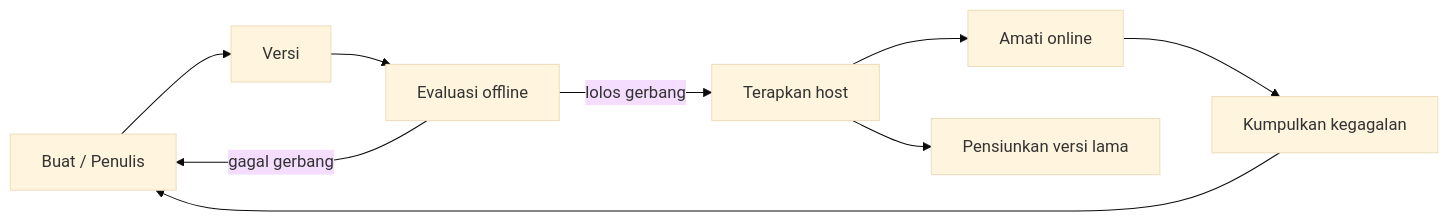
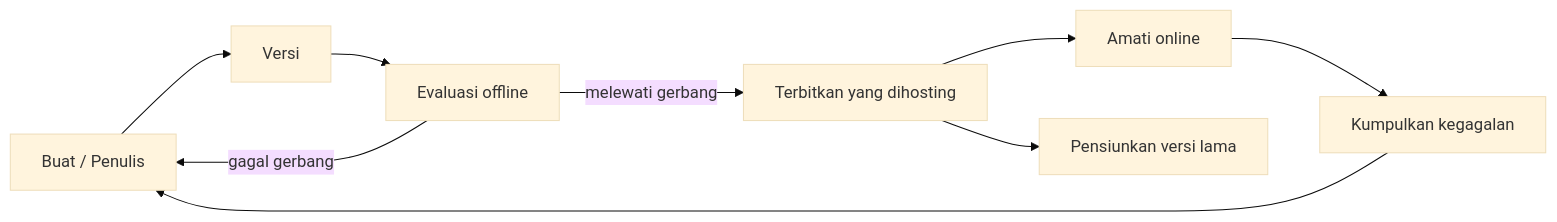
Before and after one commit to microsoft/ai-agents-for-beginners: the second of 4 diagrams in translations/id/16-deploying-scalable-agents/README.md, drawn with Mermaid (base theme). The commit also changed other lines of this file and 46 other files, not shown here.

````diff
--- a/translations/id/16-deploying-scalable-agents/README.md
+++ b/translations/id/16-deploying-scalable-agents/README.md
@@ -108,11 +108,11 @@
 ```mermaid
 flowchart LR
     Create[Buat / Penulis] --> Version[Versi]
     Version --> Evaluate[Evaluasi offline]
-    Evaluate -->|lolos gerbang| Deploy[Terapkan host]
+    Evaluate -->|melewati gerbang| Deploy[Terbitkan yang dihosting]
     Evaluate -->|gagal gerbang| Create
     Deploy --> Observe[Amati online]
     Observe --> Improve[Kumpulkan kegagalan]
     Improve --> Create
     Deploy --> Retire[Pensiunkan versi lama]
 ```
````
